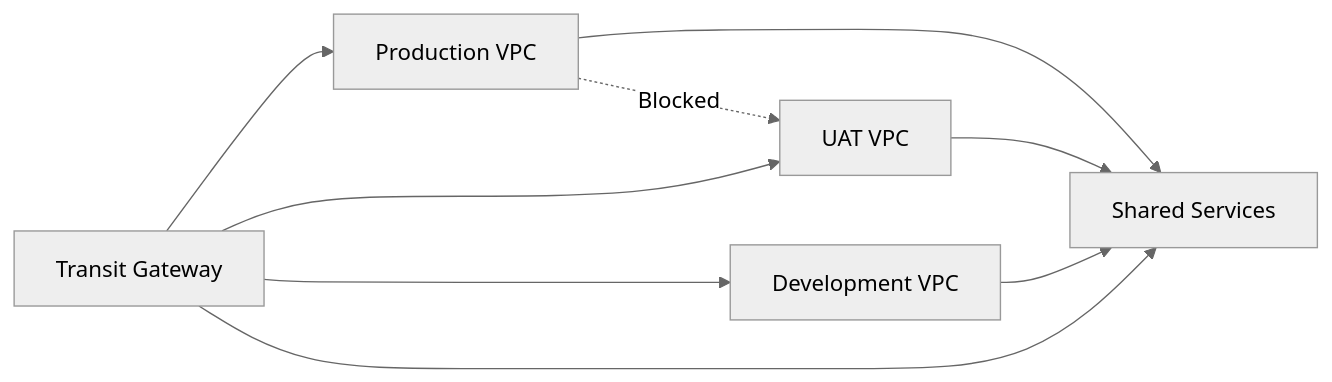
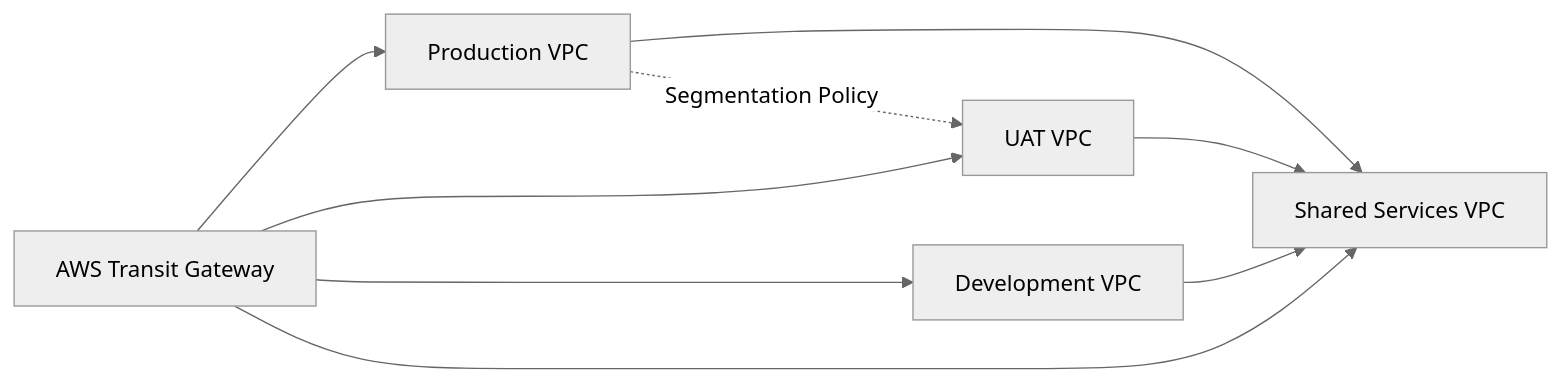
One commit to vanchinathan-Cloud/aws-advanced-network-security changed the diagram in aws-advanced-network-security/aws-multi-account-landing-zone/diagrams/Network Architecture.md. Above: the diagram before and after it, drawn with Mermaid (neutral theme). The commit also changed 2 other files, not shown here.

Commit message:
updated network flows

````diff
--- a/aws-advanced-network-security/aws-multi-account-landing-zone/diagrams/Network Architecture.md
+++ b/aws-advanced-network-security/aws-multi-account-landing-zone/diagrams/Network Architecture.md
@@ -3,17 +3,24 @@
 ```mermaid
 
 flowchart LR
 
-TGW[Transit Gateway]
+TGW["AWS Transit Gateway"]
 
-TGW --> PROD[Production VPC]
-TGW --> UAT[UAT VPC]
-TGW --> DEV[Development VPC]
-TGW --> SHARED[Shared Services]
+PROD["Production VPC"]
+UAT["UAT VPC"]
+DEV["Development VPC"]
+
+SHARED["Shared Services VPC"]
+
+TGW --> PROD
+TGW --> UAT
+TGW --> DEV
+
+TGW --> SHARED
 
 PROD --> SHARED
 UAT --> SHARED
 DEV --> SHARED
 
-PROD -.Blocked.-> UAT
+PROD -. Segmentation Policy .-> UAT
 ```
````
